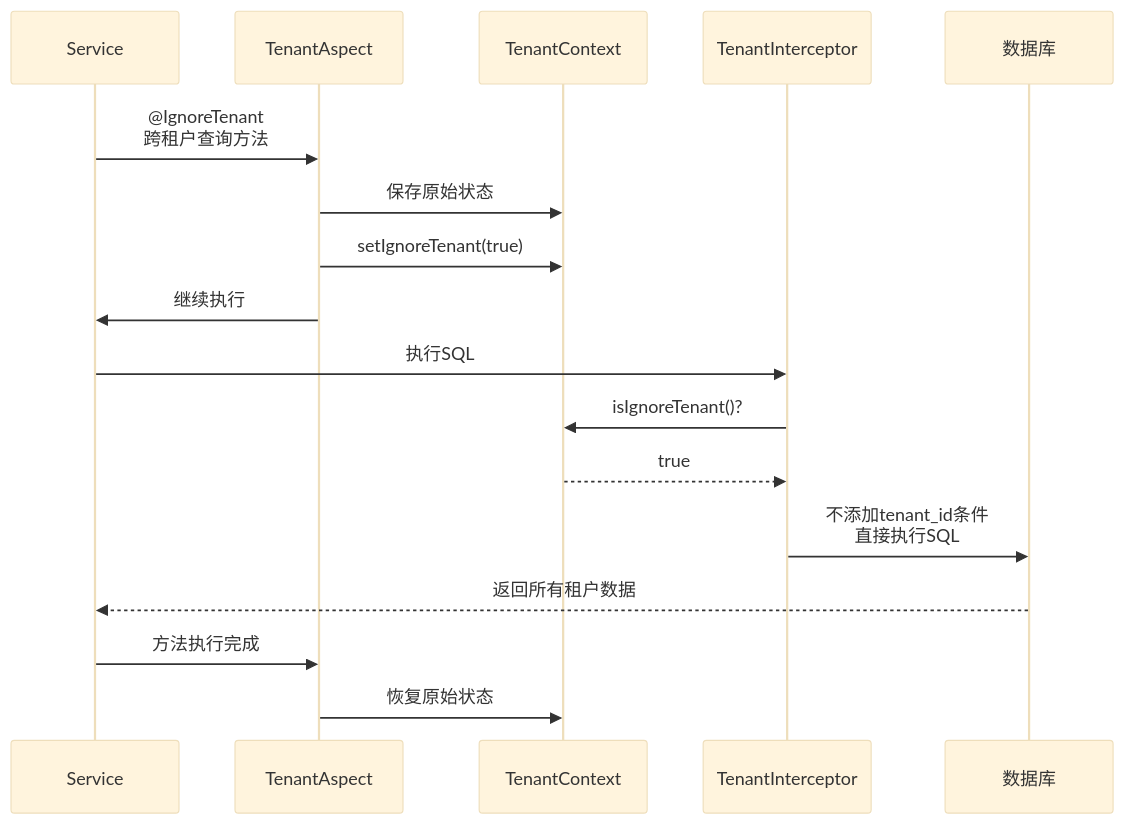
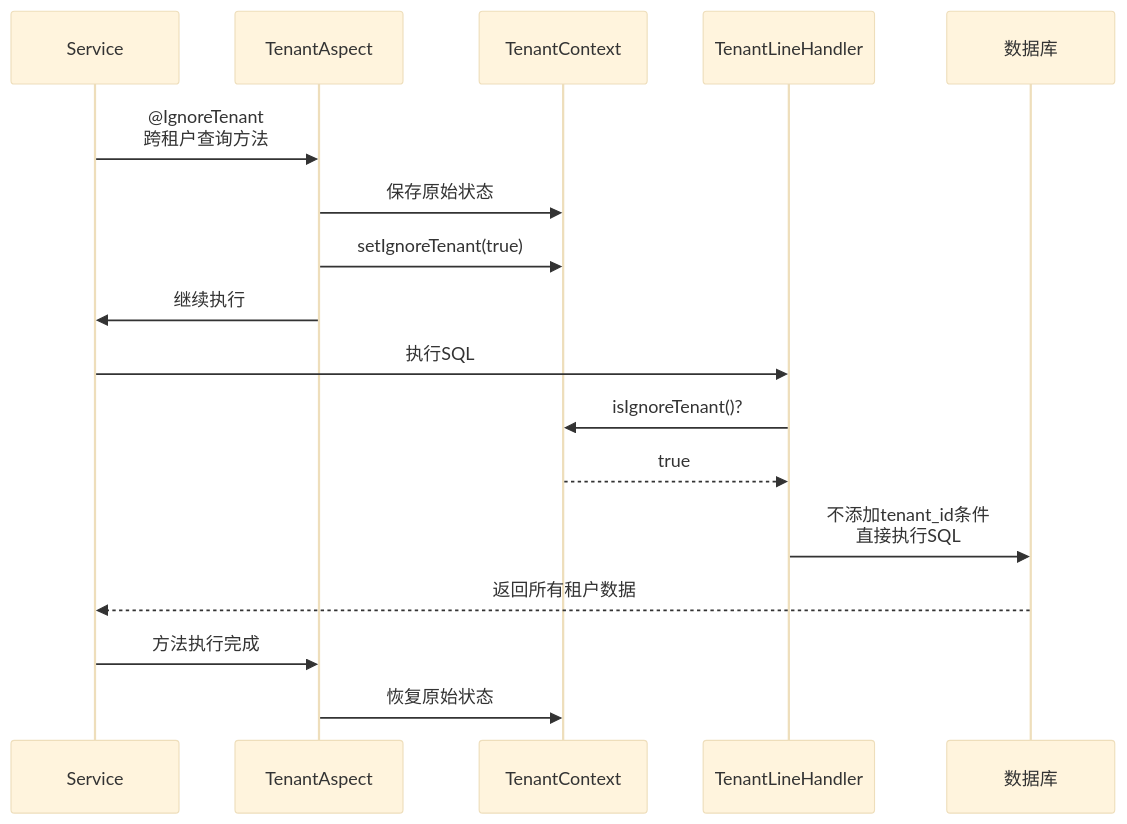
Before and after one commit to YJH-JianHui/Base: the seventh of 7 diagrams in src/main/resources/static/Base项目方案/授权认证流程说明.md, drawn with Mermaid (base theme). The commit also changed other lines of this file and 5 other files, not shown here.

````diff
--- a/src/main/resources/static/Base项目方案/授权认证流程说明.md
+++ b/src/main/resources/static/Base项目方案/授权认证流程说明.md
@@ -293,20 +294,20 @@
 ```mermaid
 sequenceDiagram
     participant Service as Service
     participant TenantAspect as TenantAspect
     participant Context as TenantContext
-    participant TenantInt as TenantInterceptor
+    participant TenantInt as TenantLineHandler
     participant DB as 数据库
 
     Service->>TenantAspect: @IgnoreTenant<br/>跨租户查询方法
     TenantAspect->>Context: 保存原始状态
     TenantAspect->>Context: setIgnoreTenant(true)
     TenantAspect->>Service: 继续执行
     Service->>TenantInt: 执行SQL
     TenantInt->>Context: isIgnoreTenant()?
     Context-->>TenantInt: true
     TenantInt->>DB: 不添加tenant_id条件<br/>直接执行SQL
     DB-->>Service: 返回所有租户数据
     Service->>TenantAspect: 方法执行完成
     TenantAspect->>Context: 恢复原始状态
 ```
````
